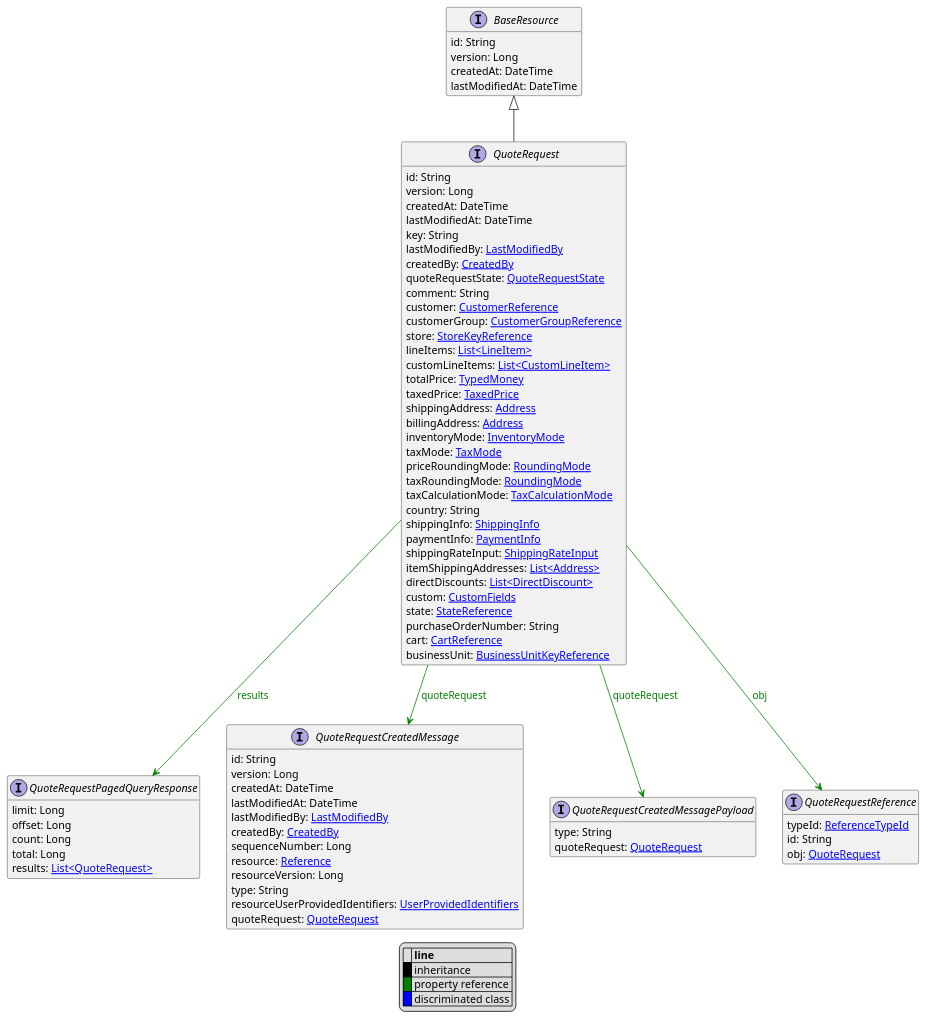
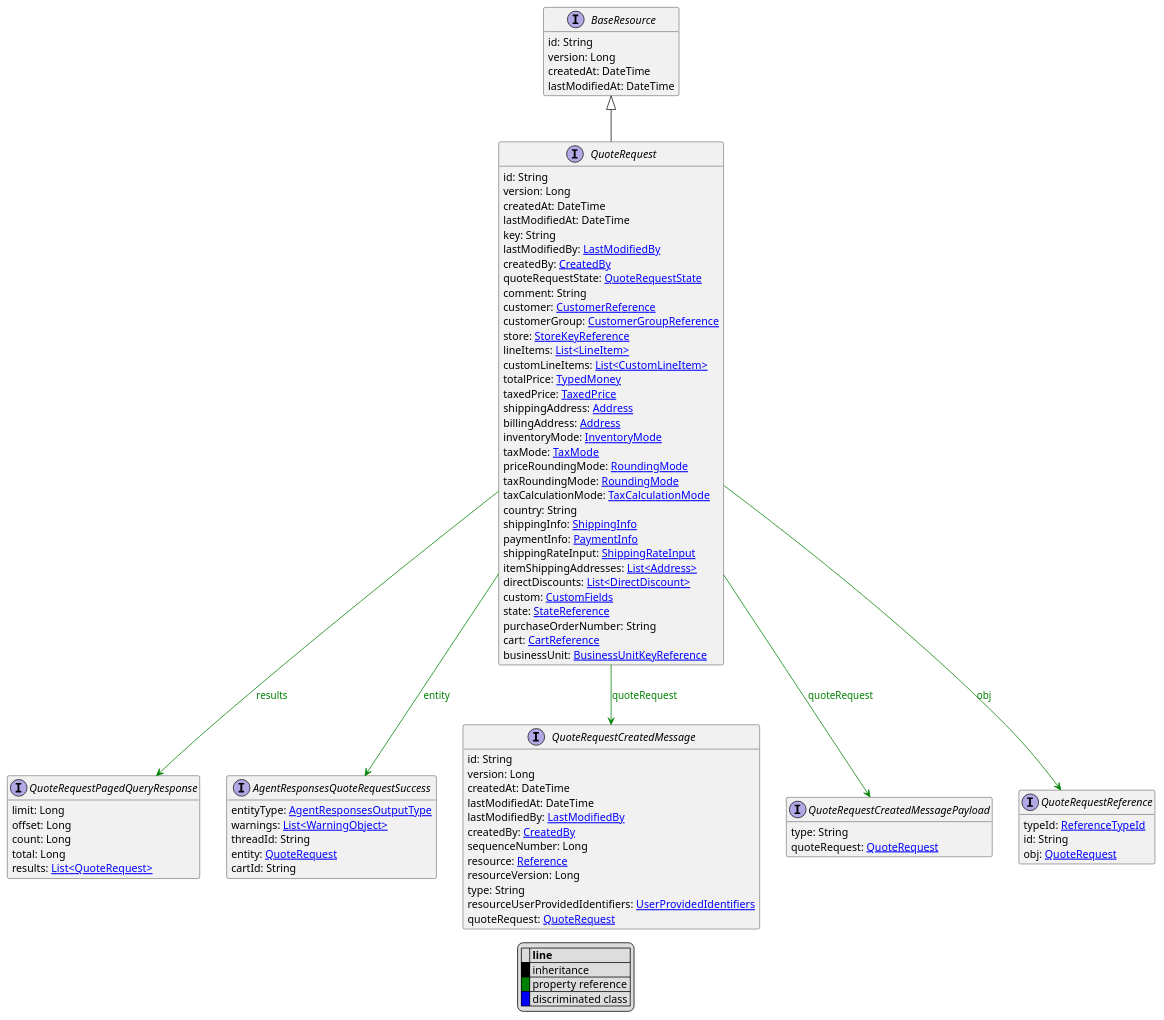
Before and after one commit to commercetools/commercetools-api-reference: the diagram in uml/api/QuoteRequest.puml, drawn with PlantUML. The commit also changed 1935 other files, not shown here.

```diff
--- a/uml/api/QuoteRequest.puml
+++ b/uml/api/QuoteRequest.puml
@@ -1,90 +1,98 @@
 @startuml
 
 hide empty fields
 hide empty methods
 legend
 |= |= line |
 |<back:black>   </back>| inheritance |
 |<back:green>   </back>| property reference |
 |<back:blue>   </back>| discriminated class |
 endlegend
 interface QuoteRequest [[QuoteRequest.svg]] extends BaseResource {
     id: String
     version: Long
     createdAt: DateTime
     lastModifiedAt: DateTime
     key: String
     lastModifiedBy: [[LastModifiedBy.svg LastModifiedBy]]
     createdBy: [[CreatedBy.svg CreatedBy]]
     quoteRequestState: [[QuoteRequestState.svg QuoteRequestState]]
     comment: String
     customer: [[CustomerReference.svg CustomerReference]]
     customerGroup: [[CustomerGroupReference.svg CustomerGroupReference]]
     store: [[StoreKeyReference.svg StoreKeyReference]]
     lineItems: [[LineItem.svg List<LineItem>]]
     customLineItems: [[CustomLineItem.svg List<CustomLineItem>]]
     totalPrice: [[TypedMoney.svg TypedMoney]]
     taxedPrice: [[TaxedPrice.svg TaxedPrice]]
     shippingAddress: [[Address.svg Address]]
     billingAddress: [[Address.svg Address]]
     inventoryMode: [[InventoryMode.svg InventoryMode]]
     taxMode: [[TaxMode.svg TaxMode]]
     priceRoundingMode: [[RoundingMode.svg RoundingMode]]
     taxRoundingMode: [[RoundingMode.svg RoundingMode]]
     taxCalculationMode: [[TaxCalculationMode.svg TaxCalculationMode]]
     country: String
     shippingInfo: [[ShippingInfo.svg ShippingInfo]]
     paymentInfo: [[PaymentInfo.svg PaymentInfo]]
     shippingRateInput: [[ShippingRateInput.svg ShippingRateInput]]
     itemShippingAddresses: [[Address.svg List<Address>]]
     directDiscounts: [[DirectDiscount.svg List<DirectDiscount>]]
     custom: [[CustomFields.svg CustomFields]]
     state: [[StateReference.svg StateReference]]
     purchaseOrderNumber: String
     cart: [[CartReference.svg CartReference]]
     businessUnit: [[BusinessUnitKeyReference.svg BusinessUnitKeyReference]]
 }
 interface BaseResource [[BaseResource.svg]]  {
     id: String
     version: Long
     createdAt: DateTime
     lastModifiedAt: DateTime
 }
 
 
 interface QuoteRequestPagedQueryResponse [[QuoteRequestPagedQueryResponse.svg]]  {
     limit: Long
     offset: Long
     count: Long
     total: Long
     results: [[QuoteRequest.svg List<QuoteRequest>]]
 }
+interface AgentResponsesQuoteRequestSuccess [[AgentResponsesQuoteRequestSuccess.svg]]  {
+    entityType: [[AgentResponsesOutputType.svg AgentResponsesOutputType]]
+    warnings: [[WarningObject.svg List<WarningObject>]]
+    threadId: String
+    entity: [[QuoteRequest.svg QuoteRequest]]
+    cartId: String
+}
 interface QuoteRequestCreatedMessage [[QuoteRequestCreatedMessage.svg]]  {
     id: String
     version: Long
     createdAt: DateTime
     lastModifiedAt: DateTime
     lastModifiedBy: [[LastModifiedBy.svg LastModifiedBy]]
     createdBy: [[CreatedBy.svg CreatedBy]]
     sequenceNumber: Long
     resource: [[Reference.svg Reference]]
     resourceVersion: Long
     type: String
     resourceUserProvidedIdentifiers: [[UserProvidedIdentifiers.svg UserProvidedIdentifiers]]
     quoteRequest: [[QuoteRequest.svg QuoteRequest]]
 }
 interface QuoteRequestCreatedMessagePayload [[QuoteRequestCreatedMessagePayload.svg]]  {
     type: String
     quoteRequest: [[QuoteRequest.svg QuoteRequest]]
 }
 interface QuoteRequestReference [[QuoteRequestReference.svg]]  {
     typeId: [[ReferenceTypeId.svg ReferenceTypeId]]
     id: String
     obj: [[QuoteRequest.svg QuoteRequest]]
 }
 
 QuoteRequest --> QuoteRequestPagedQueryResponse #green;text:green : "results"
+QuoteRequest --> AgentResponsesQuoteRequestSuccess #green;text:green : "entity"
 QuoteRequest --> QuoteRequestCreatedMessage #green;text:green : "quoteRequest"
 QuoteRequest --> QuoteRequestCreatedMessagePayload #green;text:green : "quoteRequest"
 QuoteRequest --> QuoteRequestReference #green;text:green : "obj"
 @enduml
```
